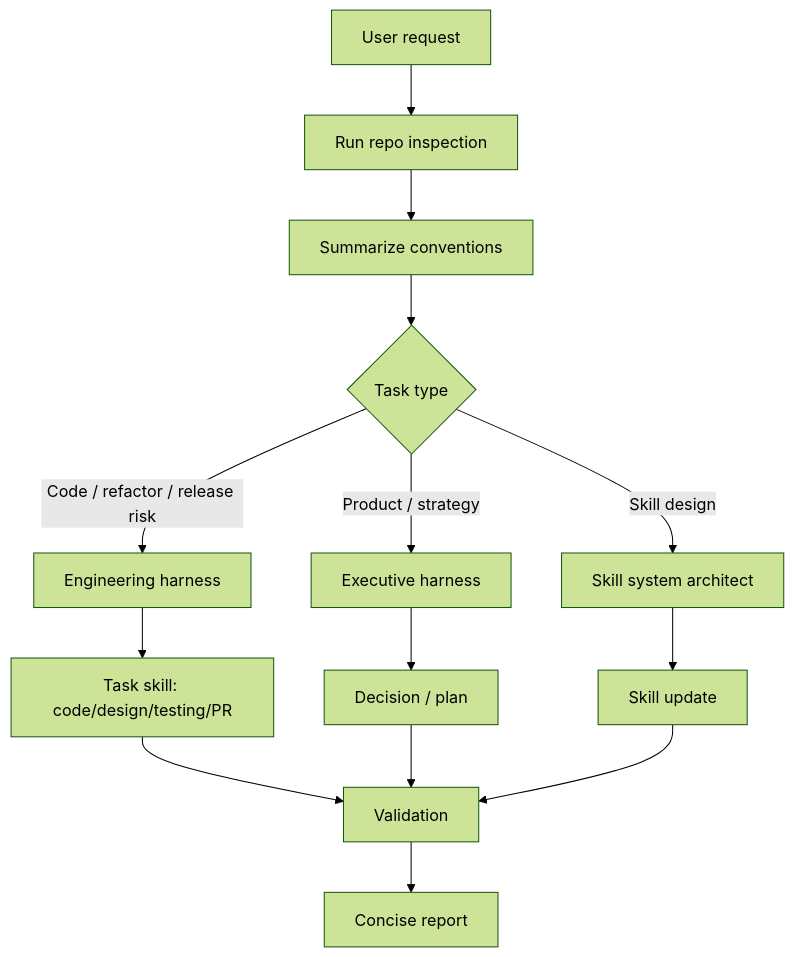
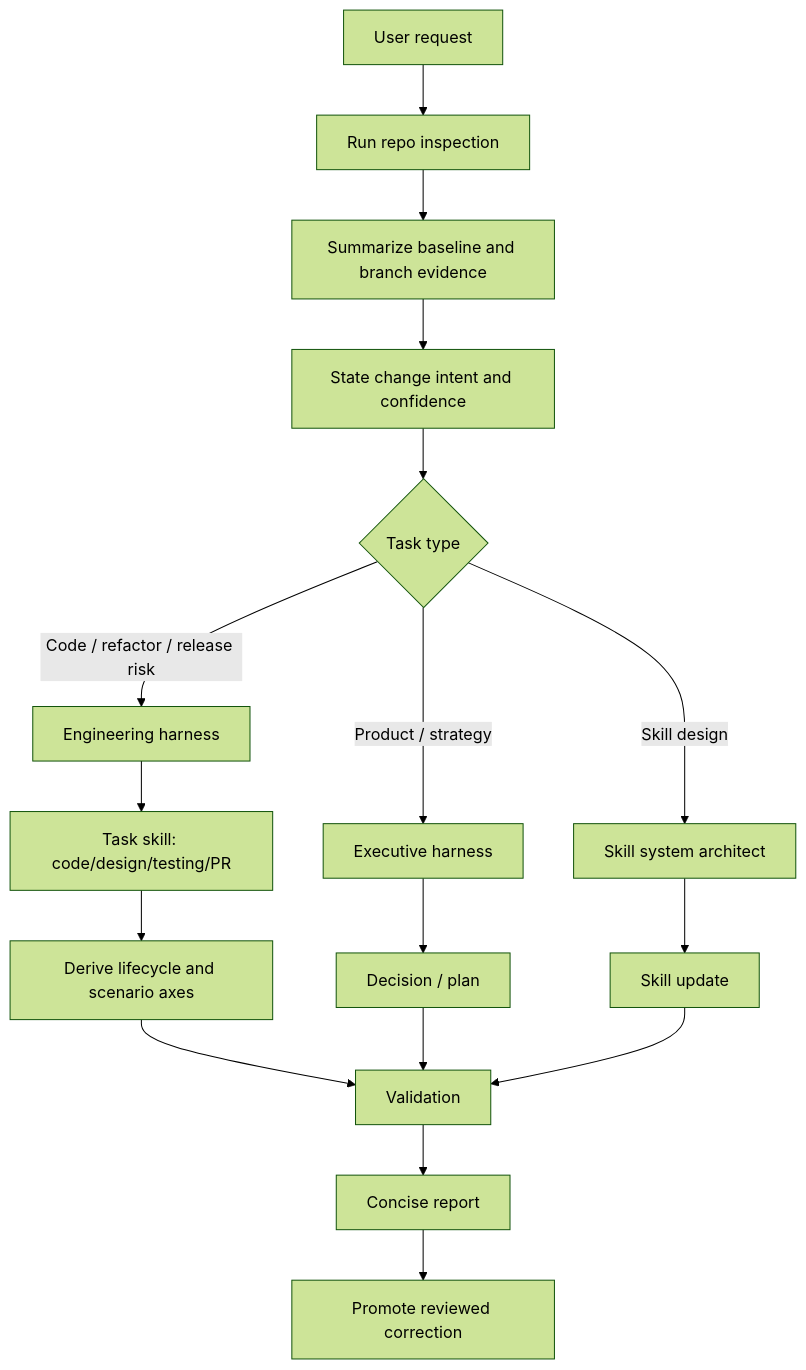
Before and after one commit to ivory-code/agents-configs: the diagram in docs/UNIVERSAL_SKILLSET_BLUEPRINT.md, drawn with Mermaid (forest theme). The commit also changed other lines of this file and 16 other files, not shown here.

Commit message:
feat: add intent-to-evidence agent workflow

````diff
--- a/docs/UNIVERSAL_SKILLSET_BLUEPRINT.md
+++ b/docs/UNIVERSAL_SKILLSET_BLUEPRINT.md
@@ -44,16 +48,19 @@
 ```mermaid
 flowchart TD
     A[User request] --> B[Run repo inspection]
-    B --> C[Summarize conventions]
-    C --> D{Task type}
+    B --> C[Summarize baseline and branch evidence]
+    C --> C2[State change intent and confidence]
+    C2 --> D{Task type}
     D -- Product / strategy --> E[Executive harness]
     D -- Code / refactor / release risk --> F[Engineering harness]
     D -- Skill design --> G[Skill system architect]
     F --> H[Task skill: code/design/testing/PR]
     E --> I[Decision / plan]
     G --> J[Skill update]
-    H --> K[Validation]
+    H --> H2[Derive lifecycle and scenario axes]
+    H2 --> K[Validation]
     I --> K
     J --> K
     K --> L[Concise report]
+    L --> M[Promote reviewed correction]
 ```
````
